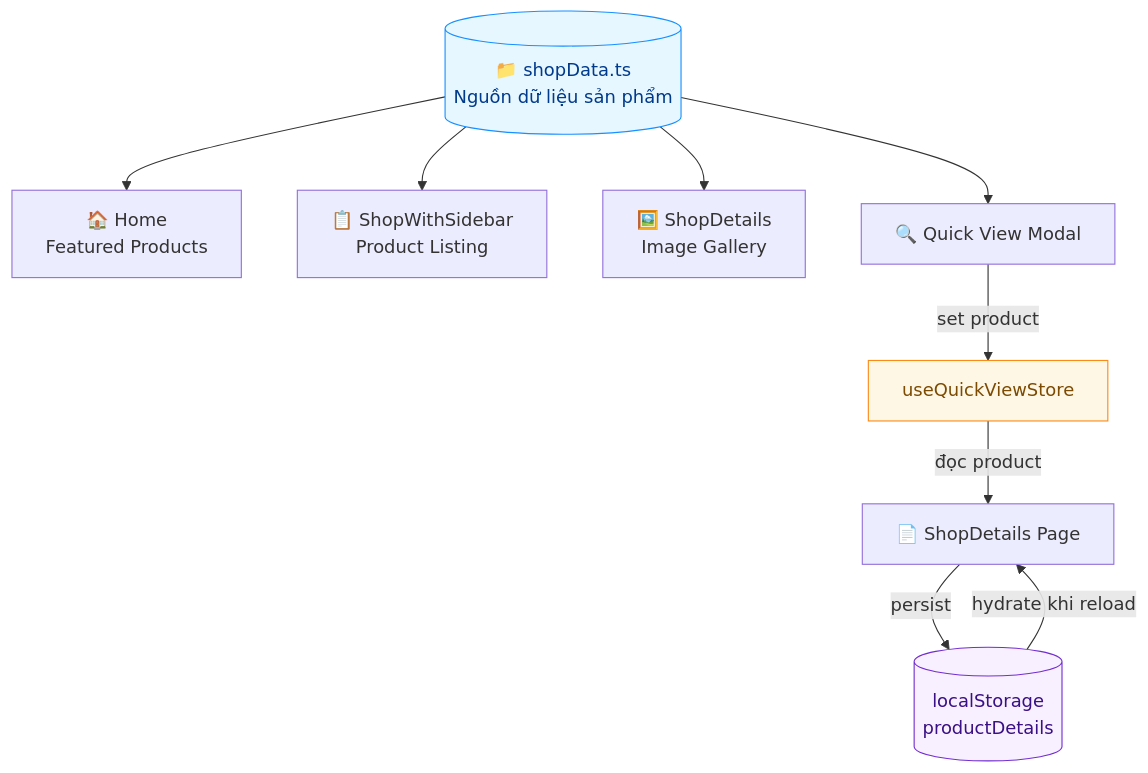
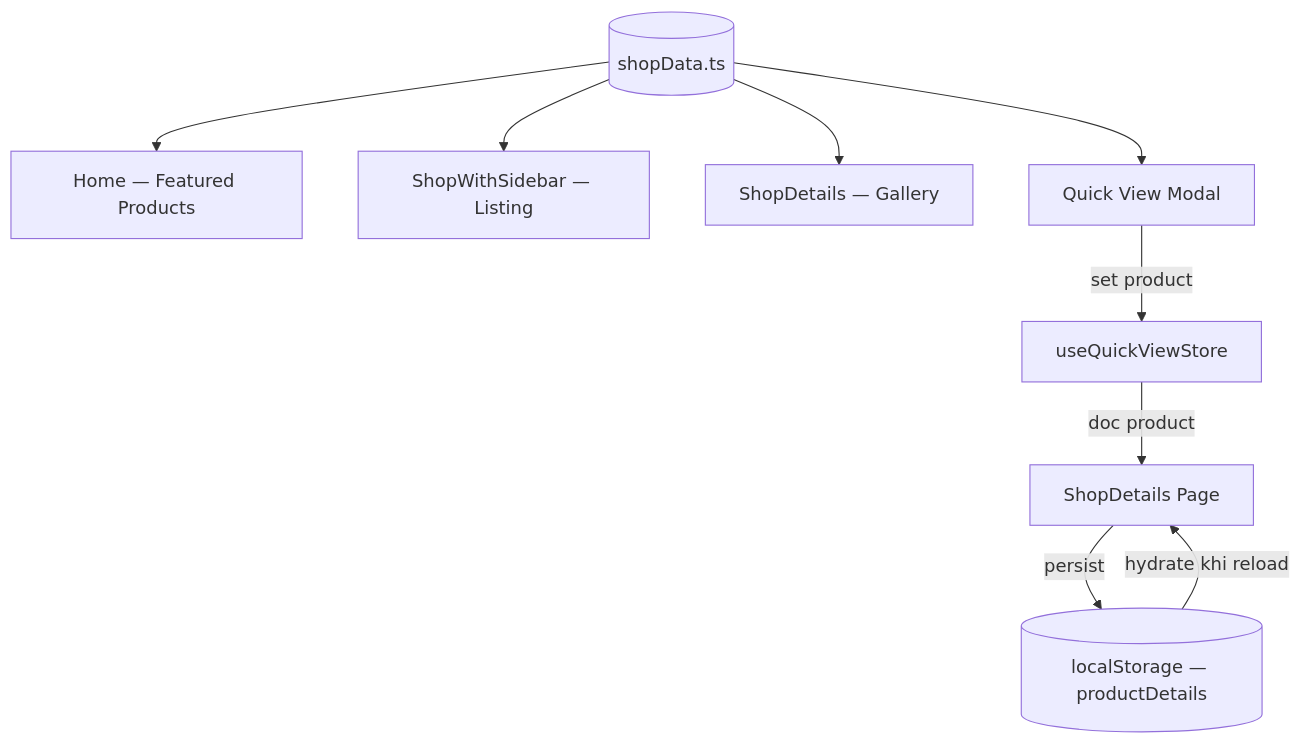
Before and after one commit to NguyenDinhDang/Docs-E-commerce: the third of 10 diagrams in 07-so-do-mermaid.md, drawn with Mermaid. The commit also changed other lines of this file, not shown here.

Commit message:
Fix mermaid code

````diff
--- a/07-so-do-mermaid.md
+++ b/07-so-do-mermaid.md
@@ -77,18 +69,14 @@
 ```mermaid
 flowchart TD
-    SD[("📁 shopData.ts\nNguồn dữ liệu sản phẩm")]
+    SD[("shopData.ts")]
 
-    SD --> Home[🏠 Home\nFeatured Products]
-    SD --> Listing[📋 ShopWithSidebar\nProduct Listing]
-    SD --> Gallery[🖼️ ShopDetails\nImage Gallery]
-    SD --> QV[🔍 Quick View Modal]
+    SD --> Home[Home — Featured Products]
+    SD --> Listing[ShopWithSidebar — Listing]
+    SD --> Gallery[ShopDetails — Gallery]
+    SD --> QV[Quick View Modal]
 
     QV -->|set product| QVStore[useQuickViewStore]
-    QVStore -->|đọc product| Detail[📄 ShopDetails Page]
-    Detail -->|persist| LS[(localStorage\nproductDetails)]
+    QVStore -->|doc product| Detail[ShopDetails Page]
+    Detail -->|persist| LS[(localStorage — productDetails)]
     LS -->|hydrate khi reload| Detail
-
-    style SD fill:#e6f7ff,stroke:#1890ff,color:#003a8c
-    style QVStore fill:#fff7e6,stroke:#fa8c16,color:#7c4a00
-    style LS fill:#f9f0ff,stroke:#722ed1,color:#391085
 ```
````
